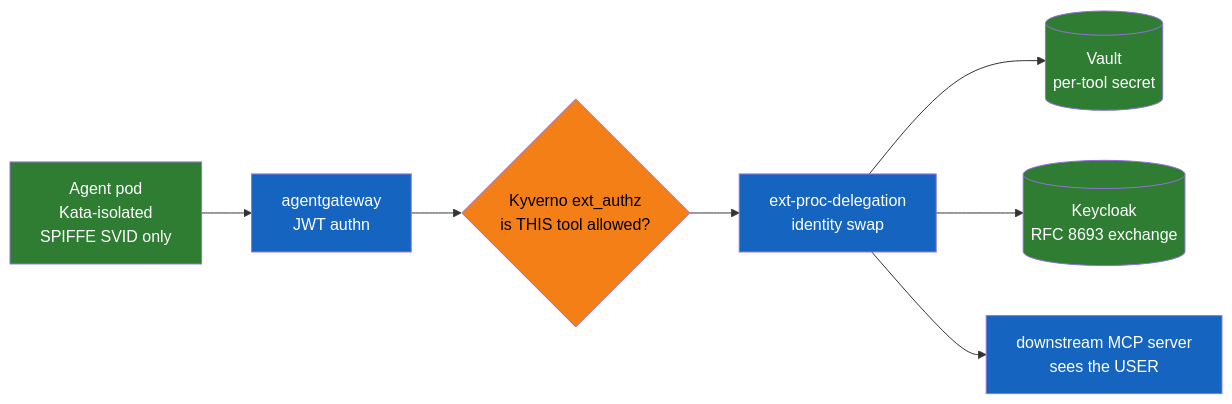
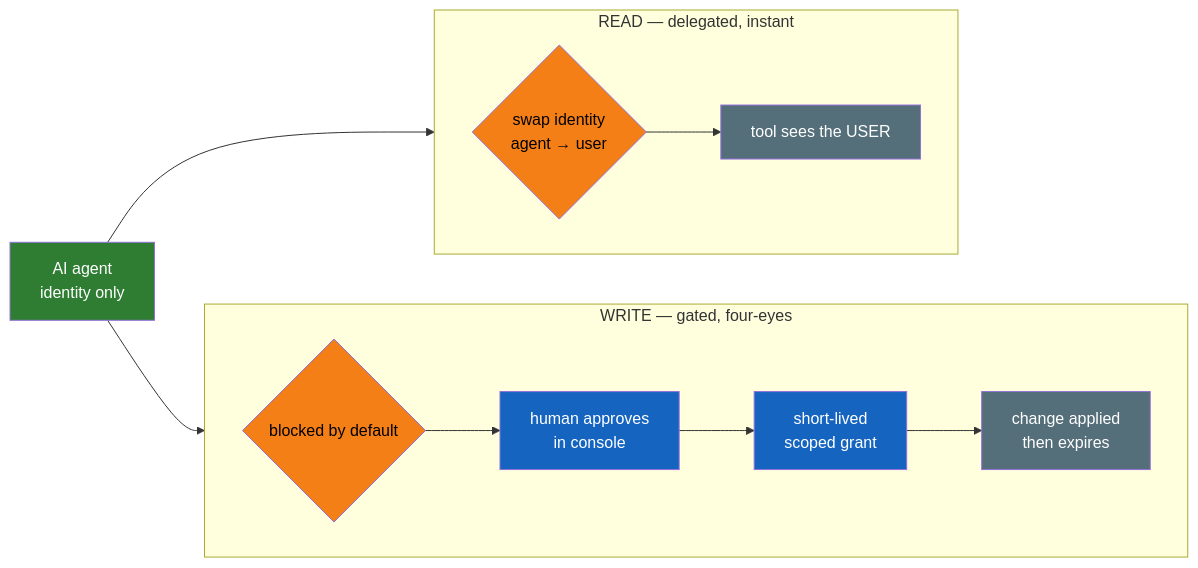
The diagram in docs/showroom/content/modules/ROOT/pages/01-the-solution.adoc (naeemarsalan/aegis-zero-trust-agentic), drawn with Mermaid before and after one commit. The commit also changed other lines of this file and 24 other files, not shown here.

First line of the commit message:
docs(showroom): concise diagram-first rework for SA/presales/managers

```diff
--- a/docs/showroom/content/modules/ROOT/pages/01-the-solution.adoc
+++ b/docs/showroom/content/modules/ROOT/pages/01-the-solution.adoc
@@ -15,14 +14,23 @@
-[mermaid,target=aegis-pipeline,format=svg]
+[mermaid,target=read-vs-write,format=svg]
 ....
 flowchart LR
-    classDef step fill:#1565c0,color:#fff
-    classDef art fill:#2e7d32,color:#fff
-    classDef gate fill:#f57f17,color:#000
+  classDef agent fill:#2e7d32,color:#fff
+  classDef gate fill:#f57f17,color:#000
+  classDef human fill:#1565c0,color:#fff
+  classDef tool fill:#546e7a,color:#fff
 
-    A[Agent pod\nKata-isolated\nSPIFFE SVID only]:::art --> G[agentgateway\nJWT authn]:::step
-    G --> K{Kyverno ext_authz\nis THIS tool allowed?}:::gate
-    K --> X[ext-proc-delegation\nidentity swap]:::step
-    X --> V[(Vault\nper-tool secret)]:::art
-    X --> KC[(Keycloak\nRFC 8693 exchange)]:::art
-    X --> D[downstream MCP server\nsees the USER]:::step
+  A["AI agent<br/>identity only"]:::agent
+
+  subgraph READ["READ — delegated, instant"]
+    direction LR
+    R{"swap identity<br/>agent → user"}:::gate --> RT["tool sees the USER"]:::tool
+  end
+
+  subgraph WRITE["WRITE — gated, four-eyes"]
+    direction LR
+    W{"blocked by default"}:::gate --> AP["human approves<br/>in console"]:::human --> GR["short-lived<br/>scoped grant"]:::human --> WT["change applied<br/>then expires"]:::tool
+  end
+
+  A --> READ
+  A --> WRITE
 ....
```
